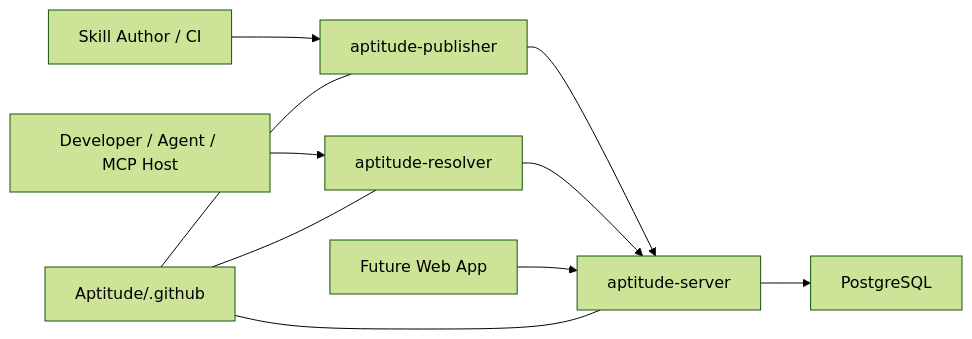
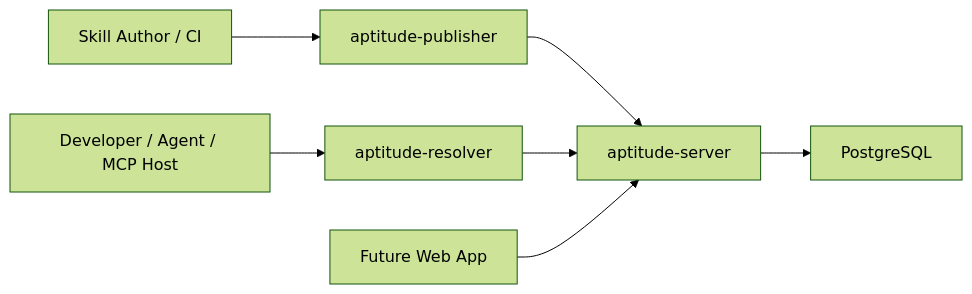
One commit to aptitude-stack/docs changed the diagram in README.md. Above: the diagram before and after it, drawn with Mermaid (forest theme).

Commit message:
Update architecture diagram in README
Removed documentation references from architecture diagram.

````diff
--- a/README.md
+++ b/README.md
@@ -34,12 +34,9 @@
 ```mermaid
 flowchart LR
     Author["Skill Author / CI"] --> Publisher["aptitude-publisher"]
     User["Developer / Agent / MCP Host"] --> Resolver["aptitude-resolver"]
     Publisher --> Server["aptitude-server"]
     Resolver --> Server
     Server --> DB["PostgreSQL"]
     Web["Future Web App"] --> Server
-    Docs["Aptitude/.github"] --- Publisher
-    Docs --- Resolver
-    Docs --- Server
 ```
````
